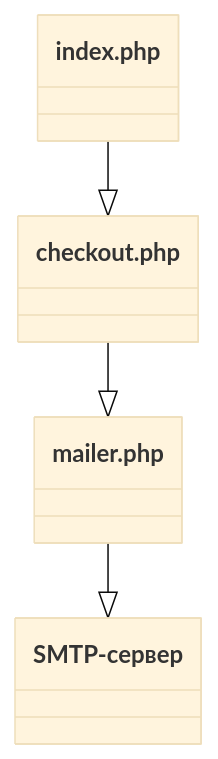
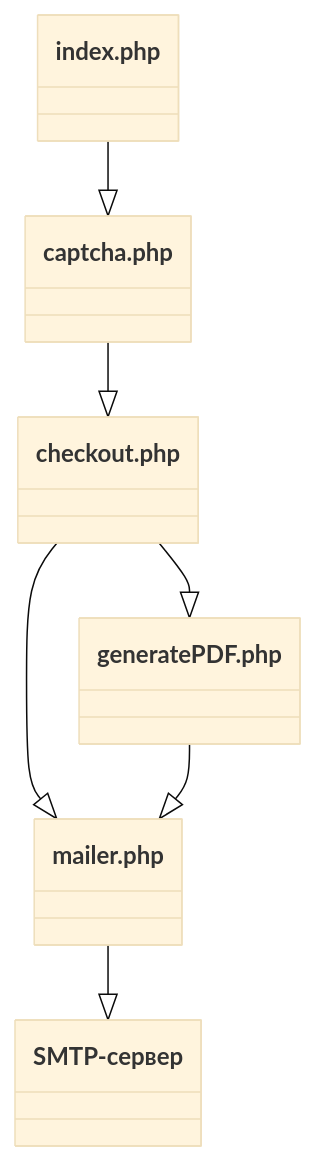
The diagram in README.md (AlexandrAnatoliev/freelance1), drawn with Mermaid (base theme) before and after one commit. The commit also changed other lines of this file, not shown here.

````diff
--- a/README.md
+++ b/README.md
@@ -212,19 +212,28 @@
 ```mermaid
 classDiagram
   
   class index.php {
   }
 
+  class captcha.php {
+  }
+
   class checkout.php {
+  }
+
+  class generatePDF.php {
   }
 
   class mailer.php {
   }
 
   class SMTP-сервер {
   }
 
-  index.php --|> checkout.php
+  index.php --|> captcha.php
+  captcha.php --|> checkout.php
+  checkout.php --|> generatePDF.php
   checkout.php --|> mailer.php
+  generatePDF.php --|> mailer.php
   mailer.php --|> SMTP-сервер
 ```
````
